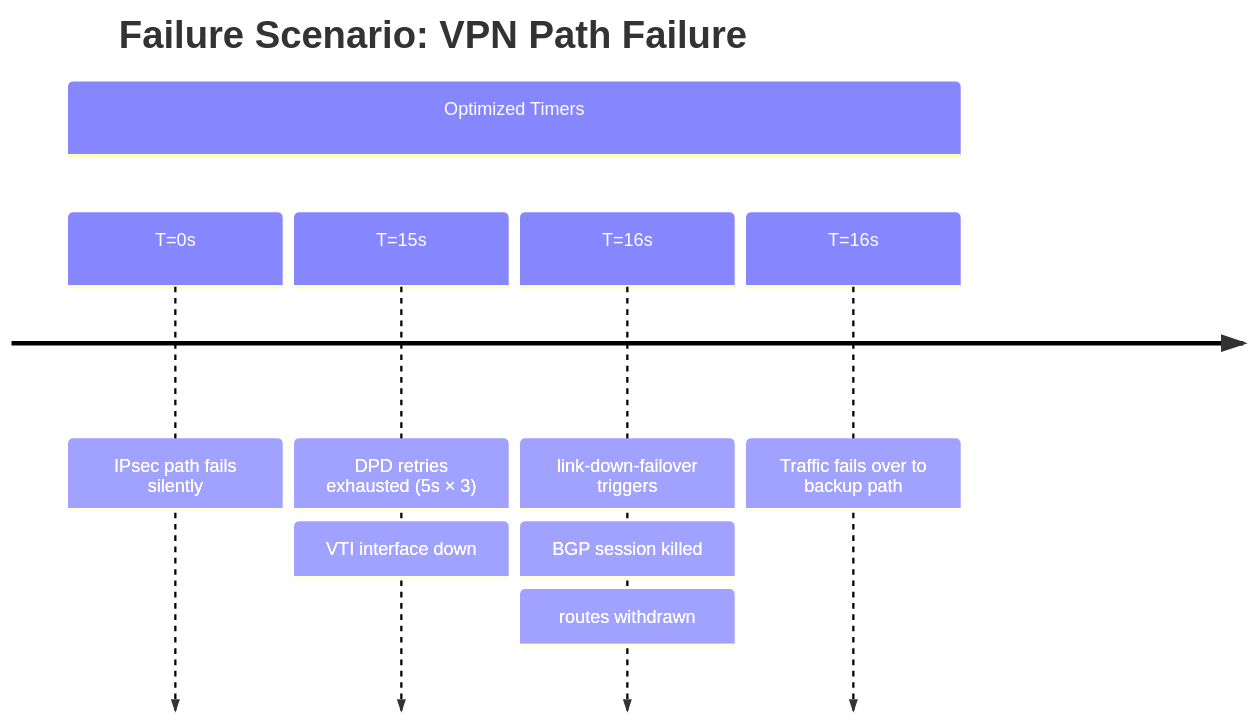
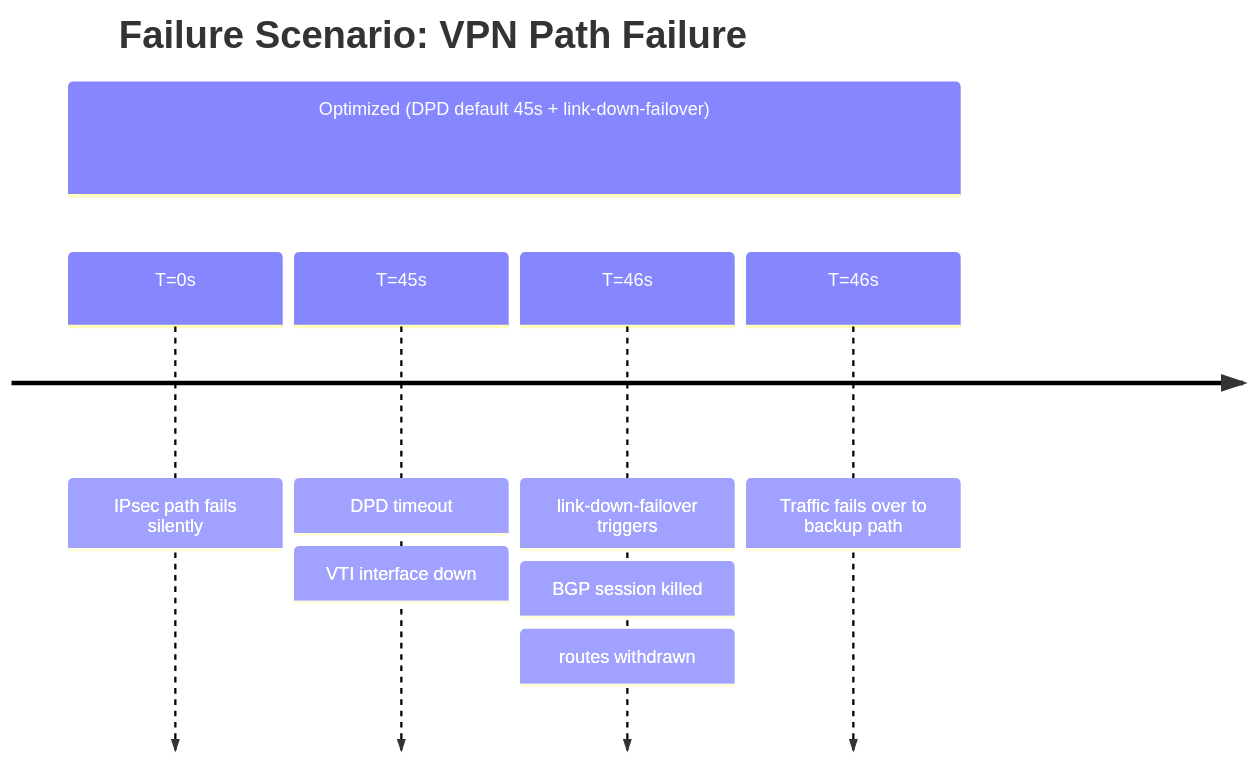
Before and after one commit to neil-booker-cko/docs: the fourth of 4 diagrams in docs/azure/bgp_stack_vpn_over_expressroute.md, drawn with Mermaid. The commit also changed other lines of this file and 75 other files, not shown here.

````diff
--- a/docs/azure/bgp_stack_vpn_over_expressroute.md
+++ b/docs/azure/bgp_stack_vpn_over_expressroute.md
@@ -101,9 +101,9 @@
 ```mermaid
 timeline
     title Failure Scenario: VPN Path Failure
-    section Optimized Timers
+    section Optimized (DPD default 45s + link-down-failover)
         T=0s : IPsec path fails silently
-        T=15s : DPD retries exhausted (5s × 3) : VTI interface down
-        T=16s : link-down-failover triggers : BGP session killed : routes withdrawn
-        T=16s : Traffic fails over to backup path
+        T=45s : DPD timeout : VTI interface down
+        T=46s : link-down-failover triggers : BGP session killed : routes withdrawn
+        T=46s : Traffic fails over to backup path
 ```
````
